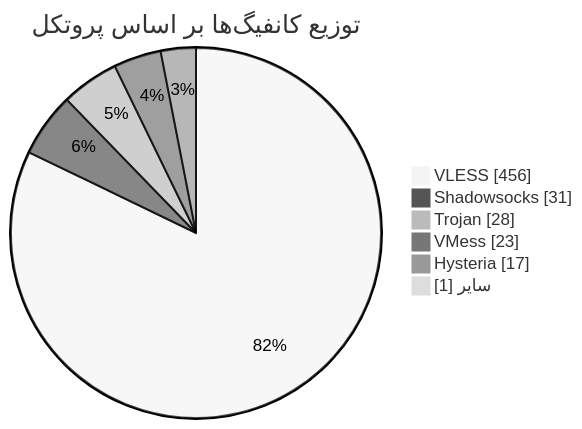
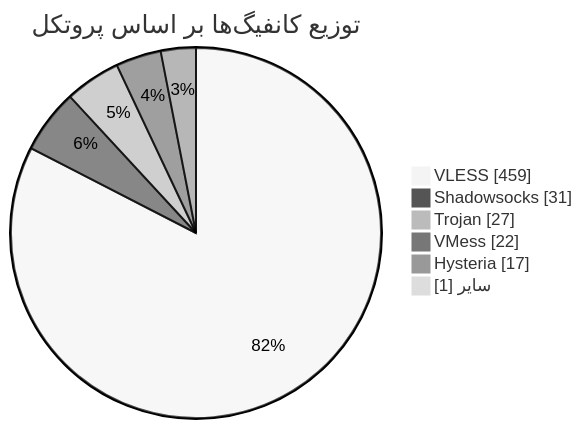
The diagram in README.md (Arian-Alijani/Somthing), drawn with Mermaid (neutral theme) before and after one commit. The commit also changed other lines of this file and 81 other files, not shown here.

````diff
--- a/README.md
+++ b/README.md
@@ -48,10 +48,10 @@
 ```mermaid
 pie showData
     title توزیع کانفیگ‌ها بر اساس پروتکل
-    "VLESS" : 456
+    "VLESS" : 459
     "Shadowsocks" : 31
-    "Trojan" : 28
-    "VMess" : 23
+    "Trojan" : 27
+    "VMess" : 22
     "Hysteria" : 17
     "سایر" : 1
 ```
````
